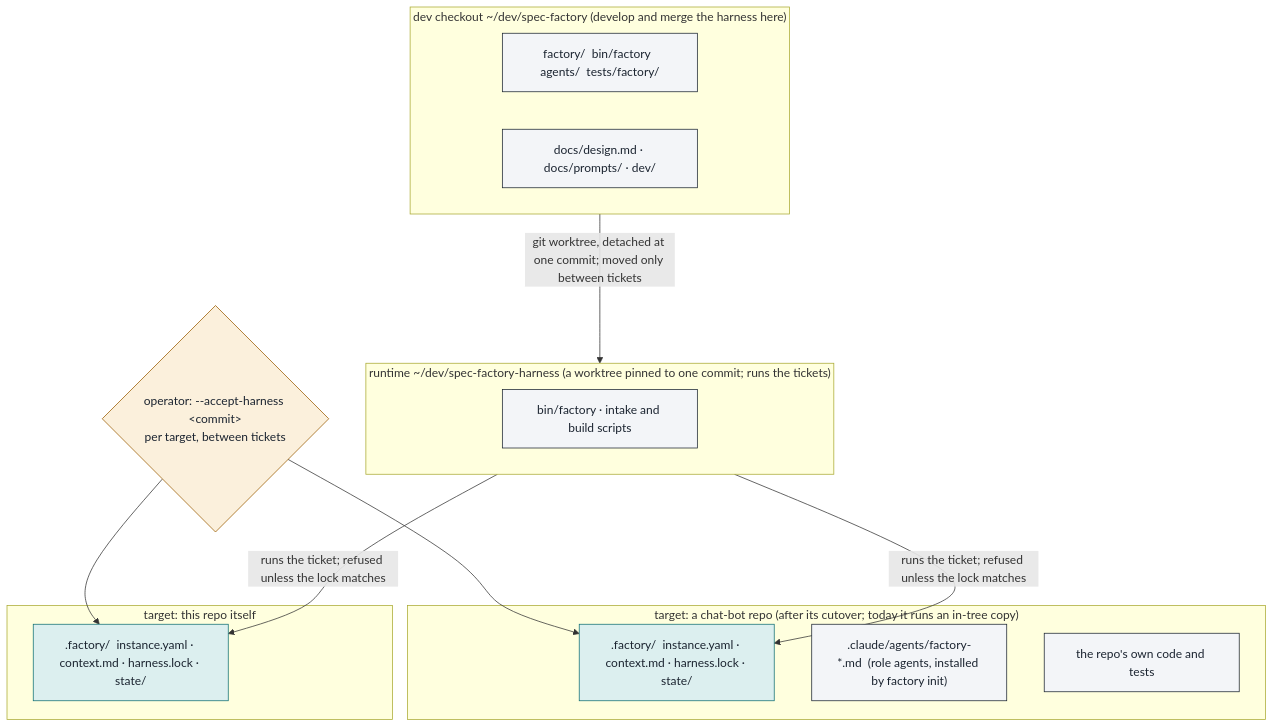
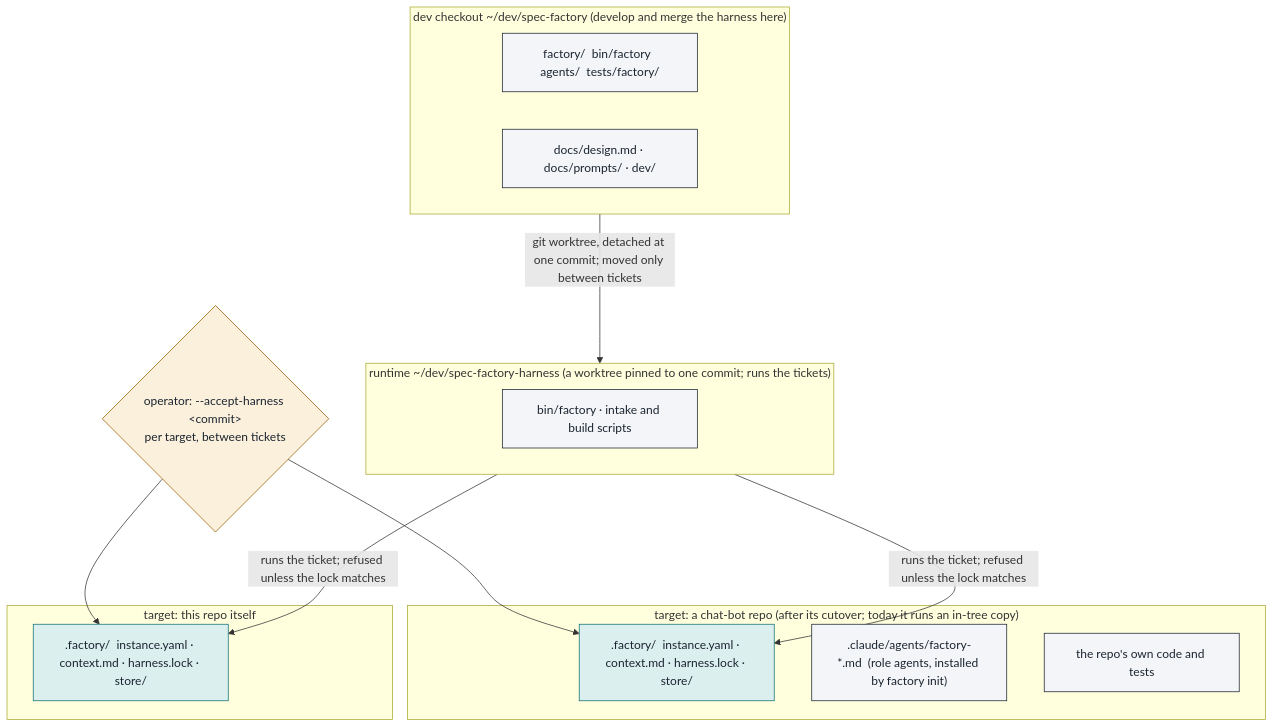
The second of 2 diagrams in README.md (danielphang/spec-factory), drawn with Mermaid before and after one commit. The commit also changed other lines of this file and 3 other files, not shown here.

First line of the commit message:
T-0025.2: factory store migrate moves a tracked store onto its factory-store branch

````diff
--- a/README.md
+++ b/README.md
@@ -175,29 +176,29 @@
 ```mermaid
 flowchart TB
   classDef human fill:#fbf0dc,stroke:#9a5b00,color:#1b2430
   classDef code fill:#f3f5f8,stroke:#1b2430,color:#1b2430
   classDef store fill:#dcefef,stroke:#0f6e73,color:#1b2430
 
   subgraph DEV["dev checkout  ~/dev/spec-factory  (develop and merge the harness here)"]
     D1["factory/  bin/factory  agents/  tests/factory/"]:::code
     D2["docs/design.md · docs/prompts/ · dev/"]:::code
   end
   subgraph RT["runtime  ~/dev/spec-factory-harness  (a worktree pinned to one commit; runs the tickets)"]
     R1["bin/factory · intake and build scripts"]:::code
   end
   DEV -- "git worktree, detached at one commit; moved only between tickets" --> RT
 
   subgraph A["target: a chat-bot repo  (after its cutover; today it runs an in-tree copy)"]
-    A1[".factory/  instance.yaml · context.md · harness.lock · state/"]:::store
+    A1[".factory/  instance.yaml · context.md · harness.lock · store/"]:::store
     A2[".claude/agents/factory-*.md  (role agents, installed by factory init)"]:::code
     A3["the repo's own code and tests"]:::code
   end
   subgraph Bx["target: this repo itself"]
-    B1[".factory/  instance.yaml · context.md · harness.lock · state/"]:::store
+    B1[".factory/  instance.yaml · context.md · harness.lock · store/"]:::store
   end
   RT -- "runs the ticket; refused unless the lock matches" --> A1
   RT -- "runs the ticket; refused unless the lock matches" --> B1
   L{"operator: --accept-harness &lt;commit&gt;<br/>per target, between tickets"}:::human
   L --> A1
   L --> B1
 ```
````
